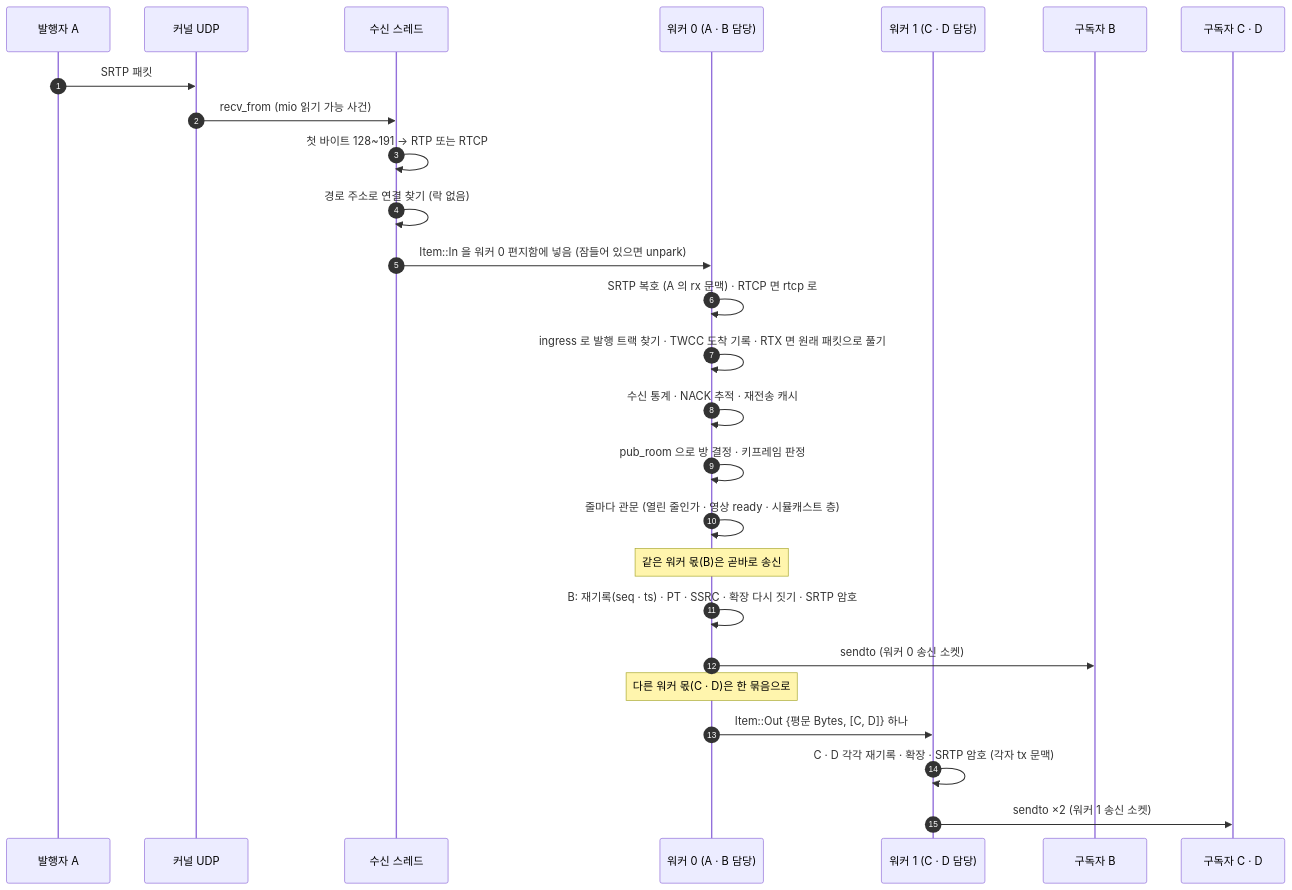
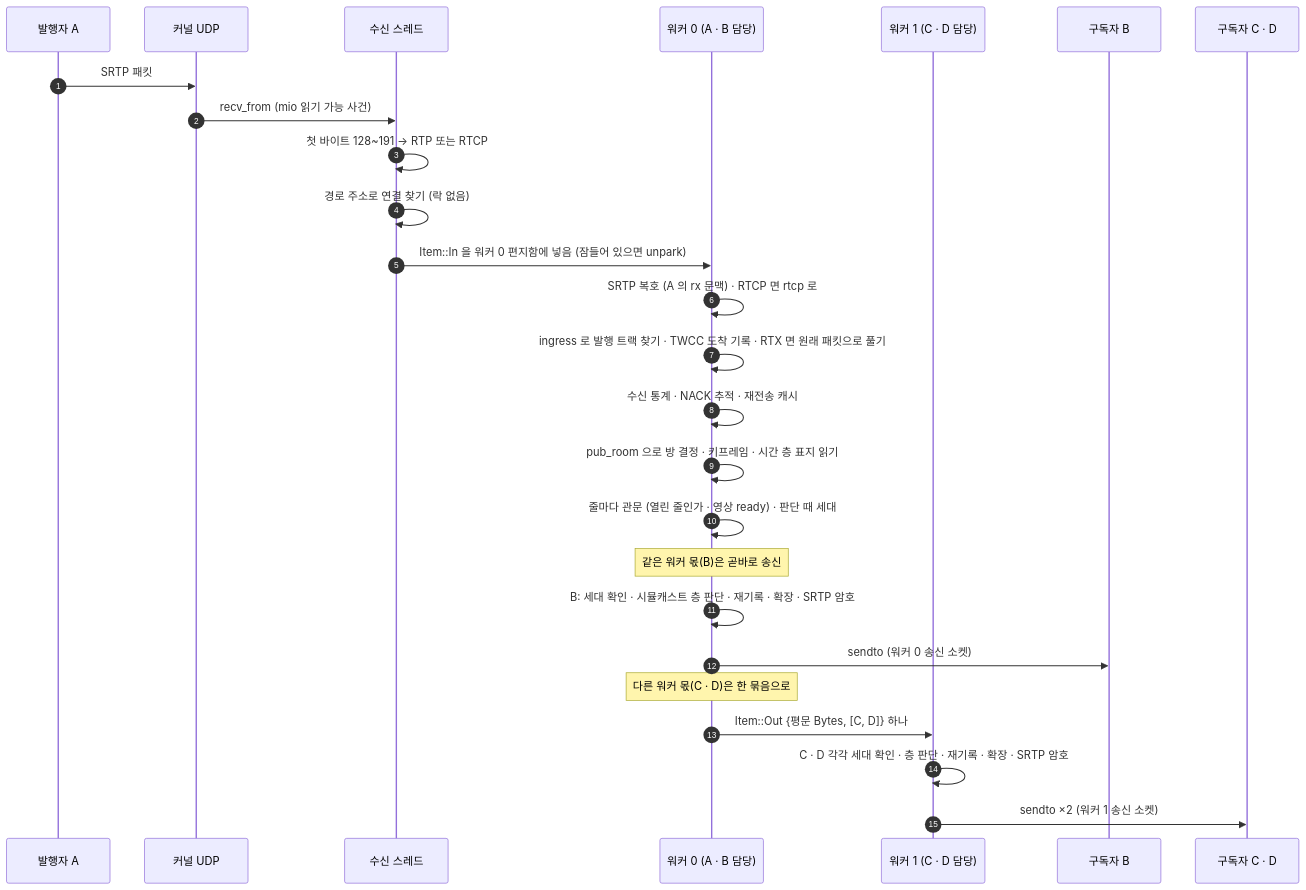
The fourth of 11 diagrams in docs/architecture.md (kodeholic9/oxlens-sfu), drawn with Mermaid before and after one commit. The commit also changed other lines of this file and 37 other files, not shown here.

````diff
--- a/docs/architecture.md
+++ b/docs/architecture.md
@@ -213,29 +266,29 @@
 ```mermaid
 sequenceDiagram
     autonumber
     participant A as 발행자 A
     participant K as 커널 UDP
     participant R as 수신 스레드
     participant W0 as 워커 0 (A · B 담당)
     participant W1 as 워커 1 (C · D 담당)
     participant B as 구독자 B
     participant C as 구독자 C · D
 
     A->>K: SRTP 패킷
     K->>R: recv_from (mio 읽기 가능 사건)
     R->>R: 첫 바이트 128~191 → RTP 또는 RTCP
     R->>R: 경로 주소로 연결 찾기 (락 없음)
     R->>W0: Item::In 을 워커 0 편지함에 넣음 (잠들어 있으면 unpark)
     W0->>W0: SRTP 복호 (A 의 rx 문맥) · RTCP 면 rtcp 로
     W0->>W0: ingress 로 발행 트랙 찾기 · TWCC 도착 기록 · RTX 면 원래 패킷으로 풀기
     W0->>W0: 수신 통계 · NACK 추적 · 재전송 캐시
-    W0->>W0: pub_room 으로 방 결정 · 키프레임 판정
-    W0->>W0: 줄마다 관문 (열린 줄인가 · 영상 ready · 시뮬캐스트 층)
+    W0->>W0: pub_room 으로 방 결정 · 키프레임 · 시간 층 표지 읽기
+    W0->>W0: 줄마다 관문 (열린 줄인가 · 영상 ready) · 판단 때 세대
     Note over W0: 같은 워커 몫(B)은 곧바로 송신
-    W0->>W0: B: 재기록(seq · ts) · PT · SSRC · 확장 다시 짓기 · SRTP 암호
+    W0->>W0: B: 세대 확인 · 시뮬캐스트 층 판단 · 재기록 · 확장 · SRTP 암호
     W0->>B: sendto (워커 0 송신 소켓)
     Note over W0: 다른 워커 몫(C · D)은 한 묶음으로
     W0->>W1: Item::Out {평문 Bytes, [C, D]} 하나
-    W1->>W1: C · D 각각 재기록 · 확장 · SRTP 암호 (각자 tx 문맥)
+    W1->>W1: C · D 각각 세대 확인 · 층 판단 · 재기록 · 확장 · SRTP 암호
     W1->>C: sendto ×2 (워커 1 송신 소켓)
 ```
````
